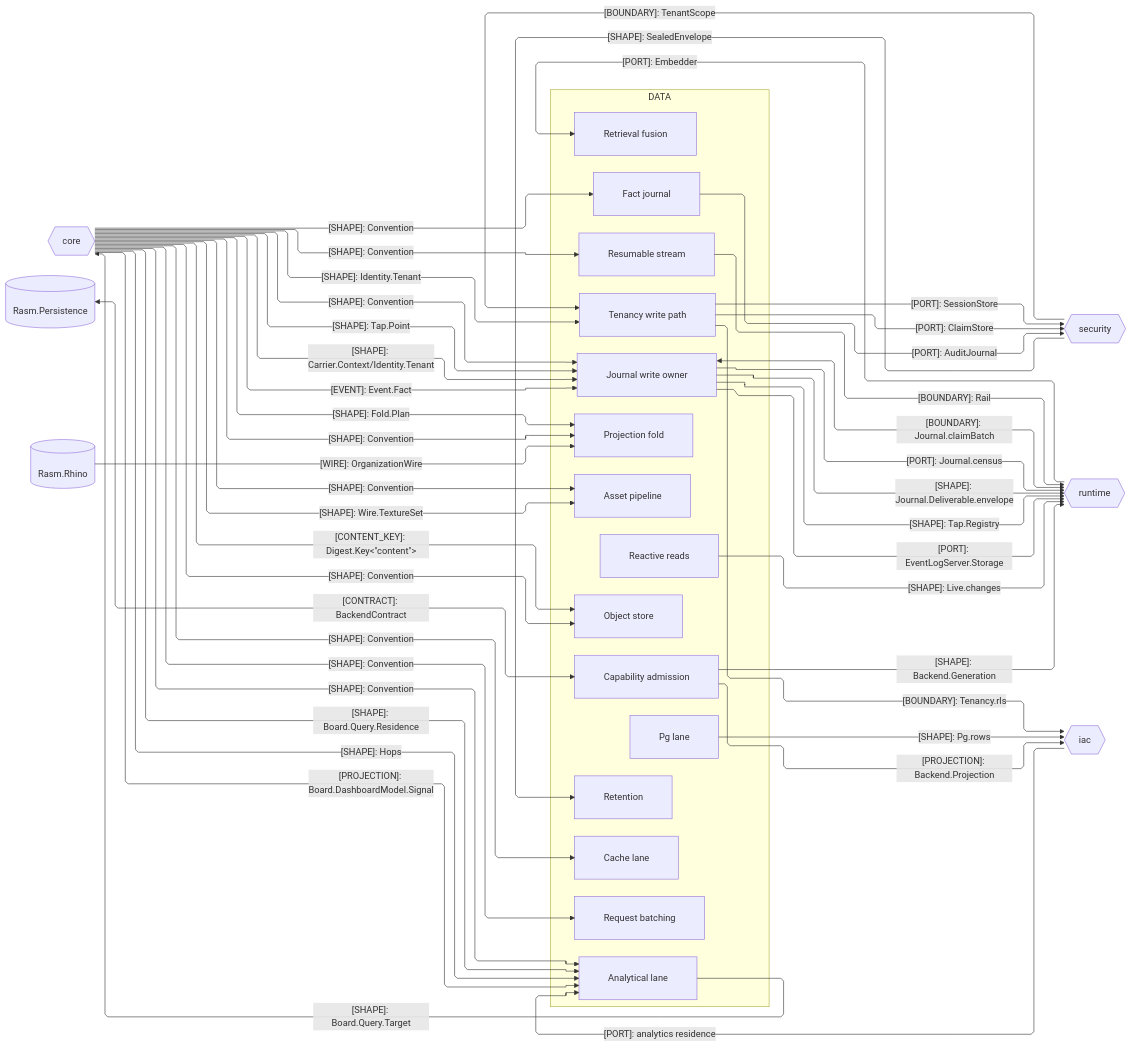
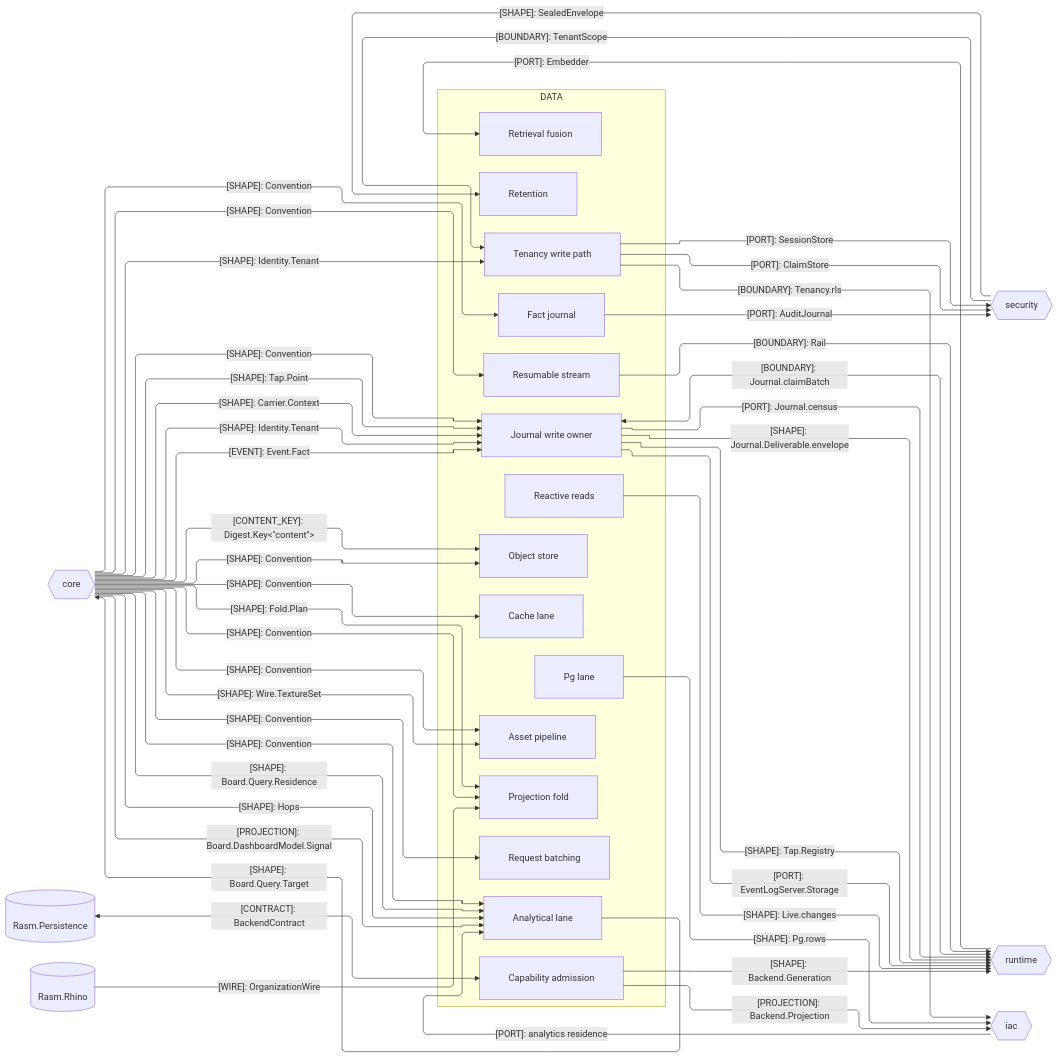
Before and after one commit to bsamiee/Rasm: the second of 3 diagrams in libs/typescript/data/ARCHITECTURE.md, drawn with Mermaid. The commit also changed other lines of this file and 115 other files, not shown here.

````diff
--- a/libs/typescript/data/ARCHITECTURE.md
+++ b/libs/typescript/data/ARCHITECTURE.md
@@ -105,75 +108,76 @@
 ```mermaid
 ---
 config:
   layout: elk
   flowchart:
     curve: linear
     padding: 25
 ---
 flowchart LR
     accTitle: Data package seam registry
     accDescr: Data exchanges custody, tenancy, hook, backend, and Board.Query contracts with branch peers and Rasm.Persistence.
     subgraph data[DATA]
         Fold[Projection fold]
         Store[Object store]
         Tenant[Tenancy write path]
         Retain[Retention]
         Append[Journal write owner]
         Live[Reactive reads]
         Stream[Resumable stream]
         Search[Retrieval fusion]
         Postgres[Pg lane]
         Capability[Capability admission]
         Fact[Fact journal]
         Batch[Request batching]
         Cache[Cache lane]
         Olap[Analytical lane]
         Asset[Asset pipeline]
     end
     Core{{core}}
     Security{{security}}
     Runtime{{runtime}}
     Iac{{iac}}
     Persistence[(Rasm.Persistence)]
     Rhino[(Rasm.Rhino)]
     Core e1@-->|"[SHAPE]: Fold.Plan"| Fold
     Core e2@-->|"[CONTENT_KEY]: Digest.Key&lt;&quot;content&quot;&gt;"| Store
     Core e3@-->|"[SHAPE]: Identity.Tenant"| Tenant
     Tenant e4@-->|"[PORT]: SessionStore"| Security
     Security e5@-->|"[BOUNDARY]: TenantScope"| Tenant
     Security e6@-->|"[SHAPE]: SealedEnvelope"| Retain
     Append e7@<-->|"[BOUNDARY]: Journal.claimBatch"| Runtime
     Live e8@-->|"[SHAPE]: Live.changes"| Runtime
     Stream e9@-->|"[BOUNDARY]: Rail"| Runtime
     Runtime e10@-->|"[PORT]: Embedder"| Search
     Postgres e11@-->|"[SHAPE]: Pg.rows"| Iac
     Tenant e12@-->|"[BOUNDARY]: Tenancy.rls"| Iac
     Core e13@-->|"[SHAPE]: Convention"| Append
     Core e14@-->|"[SHAPE]: Convention"| Fold
     Append e15@-->|"[PORT]: Journal.census"| Runtime
     Tenant e16@-->|"[PORT]: ClaimStore"| Security
     Core e17@-->|"[SHAPE]: Convention"| Fact
     Core e18@-->|"[SHAPE]: Convention"| Batch
     Core e19@-->|"[SHAPE]: Convention"| Store
     Core e20@-->|"[SHAPE]: Convention"| Stream
     Core e21@-->|"[SHAPE]: Convention"| Cache
     Core e22@-->|"[SHAPE]: Convention"| Olap
     Append e23@-->|"[SHAPE]: Journal.Deliverable.envelope"| Runtime
     Core e24@-->|"[SHAPE]: Tap.Point"| Append
     Append e25@-->|"[SHAPE]: Tap.Registry"| Runtime
     Capability e26@-->|"[PROJECTION]: Backend.Projection"| Iac
     Capability e27@-->|"[SHAPE]: Backend.Generation"| Runtime
     Persistence e28@<-->|"[CONTRACT]: BackendContract"| Capability
     Fact e29@-->|"[PORT]: AuditJournal"| Security
     Core e30@-->|"[SHAPE]: Board.Query.Residence"| Olap
-    Core e32@-->|"[SHAPE]: Hops"| Olap
-    Olap e31@-->|"[SHAPE]: Board.Query.Target"| Core
+    Core e31@-->|"[SHAPE]: Hops"| Olap
+    Olap e32@-->|"[SHAPE]: Board.Query.Target"| Core
     Core e33@-->|"[PROJECTION]: Board.DashboardModel.Signal"| Olap
     Iac e34@-->|"[PORT]: analytics residence"| Olap
     Core e35@-->|"[SHAPE]: Convention"| Asset
-    Core e38@-->|"[SHAPE]: Wire.TextureSet"| Asset
-    Rhino e36@-->|"[WIRE]: OrganizationWire"| Fold
-    Core e39@-->|"[SHAPE]: Carrier.Context/Identity.Tenant"| Append
-    Core e37@-->|"[EVENT]: Event.Fact"| Append
-    Append e40@-->|"[PORT]: EventLogServer.Storage"| Runtime
+    Core e36@-->|"[SHAPE]: Wire.TextureSet"| Asset
+    Rhino e37@-->|"[WIRE]: OrganizationWire"| Fold
+    Core e38@-->|"[SHAPE]: Carrier.Context"| Append
+    Core e39@-->|"[SHAPE]: Identity.Tenant"| Append
+    Core e40@-->|"[EVENT]: Event.Fact"| Append
+    Append e41@-->|"[PORT]: EventLogServer.Storage"| Runtime
 ```
````
